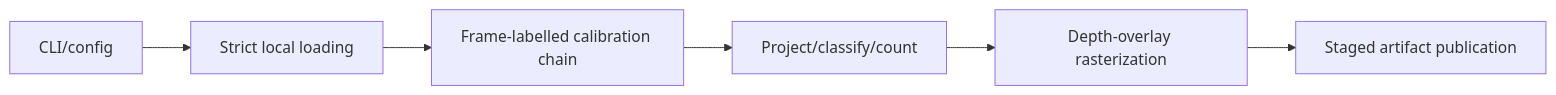
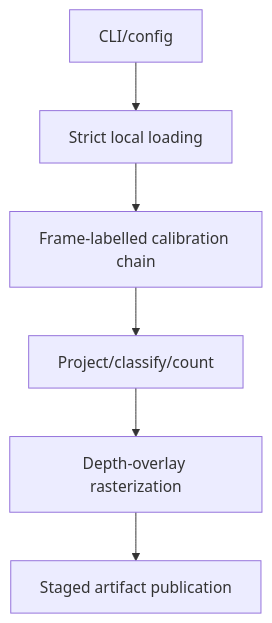
The first of 2 diagrams in docs/architecture.md (WeiHanTu/sensor-fusion-replay-cpp), drawn with Mermaid before and after one commit. The commit also changed 2 other files, not shown here.

Commit message:
docs: make execution diagrams readable in narrow views

````diff
--- a/docs/architecture.md
+++ b/docs/architecture.md
@@ -19,8 +19,8 @@
 ```mermaid
-flowchart LR
+flowchart TD
   A[CLI/config] --> B[Strict local loading]
   B --> C[Frame-labelled calibration chain]
   C --> D[Project/classify/count]
   D --> E[Depth-overlay rasterization]
   E --> F[Staged artifact publication]
 ```
````
